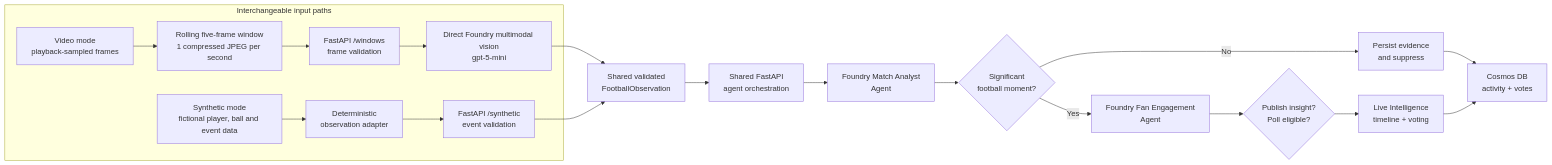
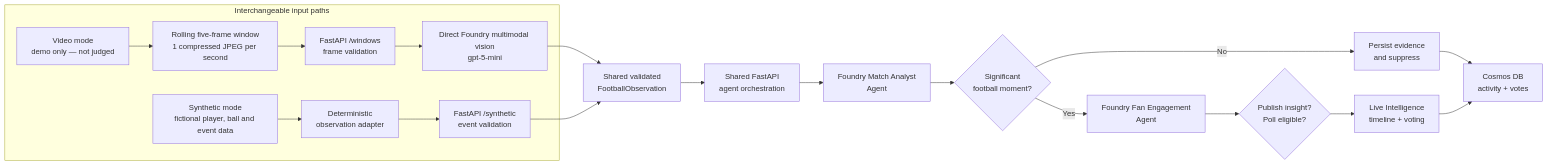
Before and after one commit to rriviere/fanpulse: the first of 4 diagrams in README.md, drawn with Mermaid. The commit also changed other lines of this file, not shown here.

````diff
--- a/README.md
+++ b/README.md
@@ -28,27 +28,27 @@
 ```mermaid
 flowchart LR
     subgraph Inputs["Interchangeable input paths"]
-        VIDEO["Video mode<br/>playback-sampled frames"]
+        VIDEO["Video mode<br/>demo only — not judged"]
         WINDOW["Rolling five-frame window<br/>1 compressed JPEG per second"]
         VIDEO_API["FastAPI /windows<br/>frame validation"]
         VISION["Direct Foundry multimodal vision<br/>gpt-5-mini"]
         SYNTH["Synthetic mode<br/>fictional player, ball and event data"]
         ADAPTER["Deterministic<br/>observation adapter"]
         SYNTH_API["FastAPI /synthetic<br/>event validation"]
 
         VIDEO --> WINDOW --> VIDEO_API --> VISION
         SYNTH --> ADAPTER --> SYNTH_API
     end
 
     VISION --> OBS["Shared validated<br/>FootballObservation"]
     SYNTH_API --> OBS
     OBS --> API["Shared FastAPI<br/>agent orchestration"]
     API --> ANALYST["Foundry Match Analyst<br/>Agent"]
     ANALYST --> GATE{"Significant<br/>football moment?"}
     GATE -->|No| SUPPRESS["Persist evidence<br/>and suppress"]
     GATE -->|Yes| ENGAGE["Foundry Fan Engagement<br/>Agent"]
     ENGAGE --> POLICY{"Publish insight?<br/>Poll eligible?"}
     POLICY --> OUTPUT["Live Intelligence<br/>timeline + voting"]
     SUPPRESS --> STORE["Cosmos DB<br/>activity + votes"]
     OUTPUT --> STORE
 ```
````
